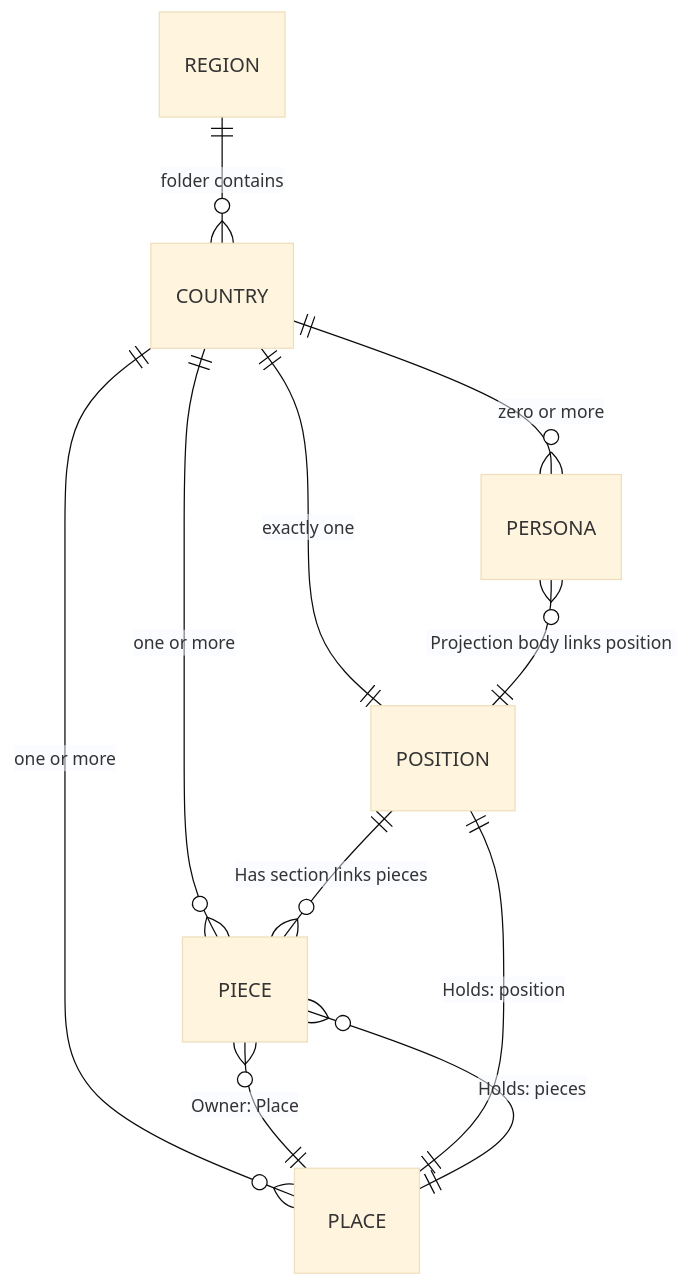
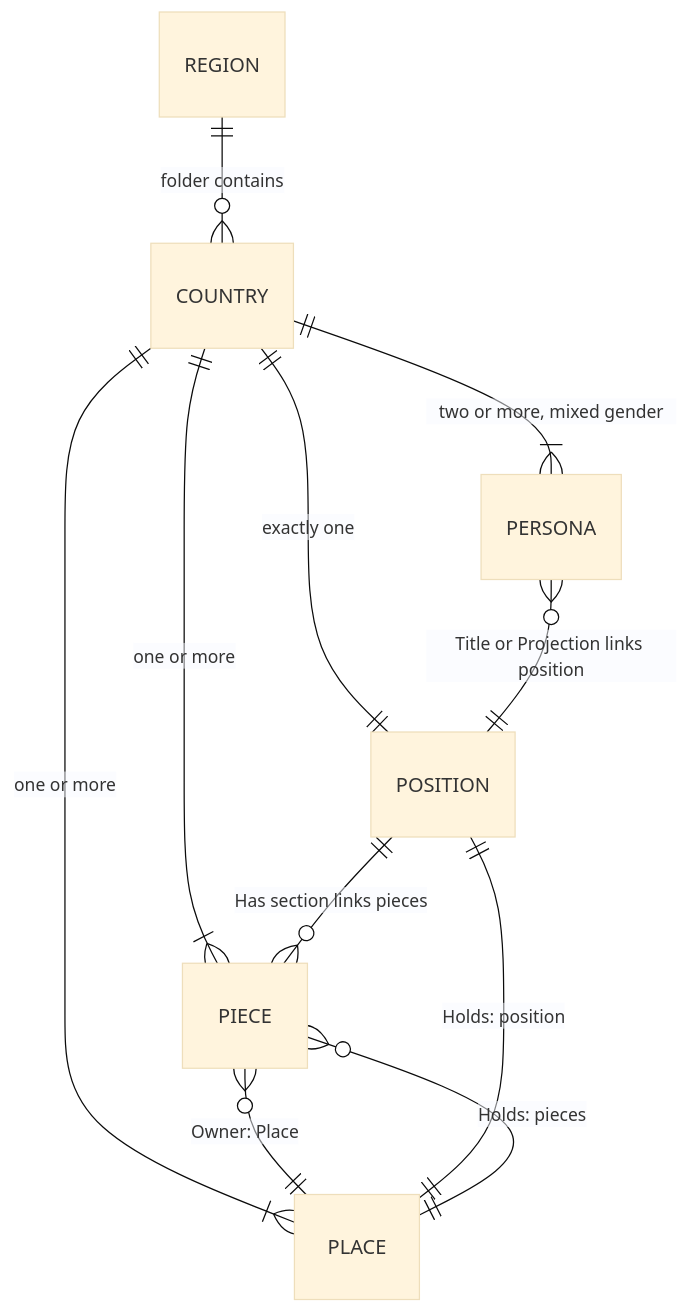
Before and after one commit to ChBrain/Cultures: the diagram in ARCHITECTURE.md, drawn with Mermaid (base theme). The commit also changed other lines of this file, not shown here.

First line of the commit message:
Set minimum per country: 1 position, 1 piece, 1 place, 2 personas (mixed gender)

````diff
--- a/ARCHITECTURE.md
+++ b/ARCHITECTURE.md
@@ -108,13 +108,13 @@
 ```mermaid
 erDiagram
     REGION   ||--o{ COUNTRY  : "folder contains"
     COUNTRY  ||--|| POSITION : "exactly one"
-    COUNTRY  ||--o{ PIECE    : "one or more"
-    COUNTRY  ||--o{ PLACE    : "one or more"
-    COUNTRY  ||--o{ PERSONA  : "zero or more"
+    COUNTRY  ||--|{ PIECE    : "one or more"
+    COUNTRY  ||--|{ PLACE    : "one or more"
+    COUNTRY  ||--|{ PERSONA  : "two or more, mixed gender"
     POSITION ||--o{ PIECE    : "Has section links pieces"
     PIECE    }o--|| PLACE    : "Owner: Place"
     PLACE    ||--|| POSITION : "Holds: position"
     PLACE    ||--o{ PIECE    : "Holds: pieces"
-    PERSONA  }o--|| POSITION : "Projection body links position"
+    PERSONA  }o--|| POSITION : "Title or Projection links position"
 ```
````
